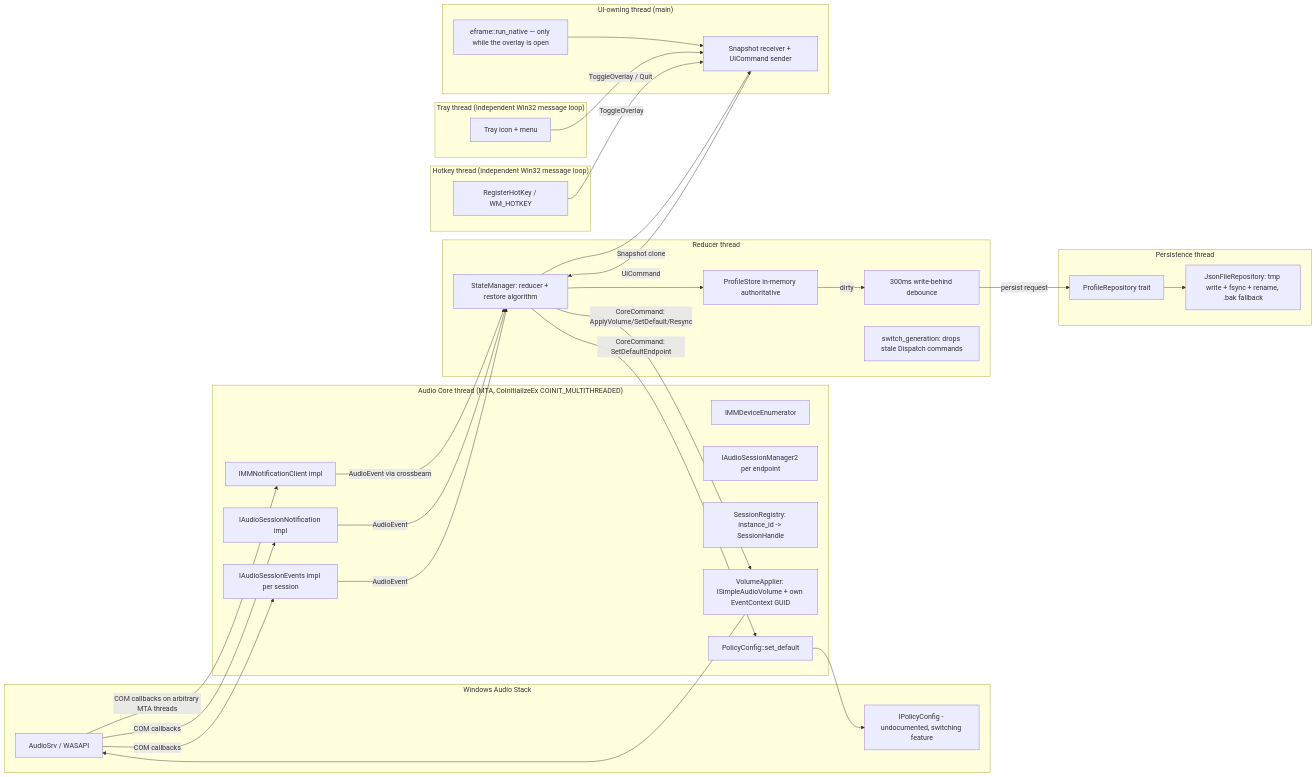
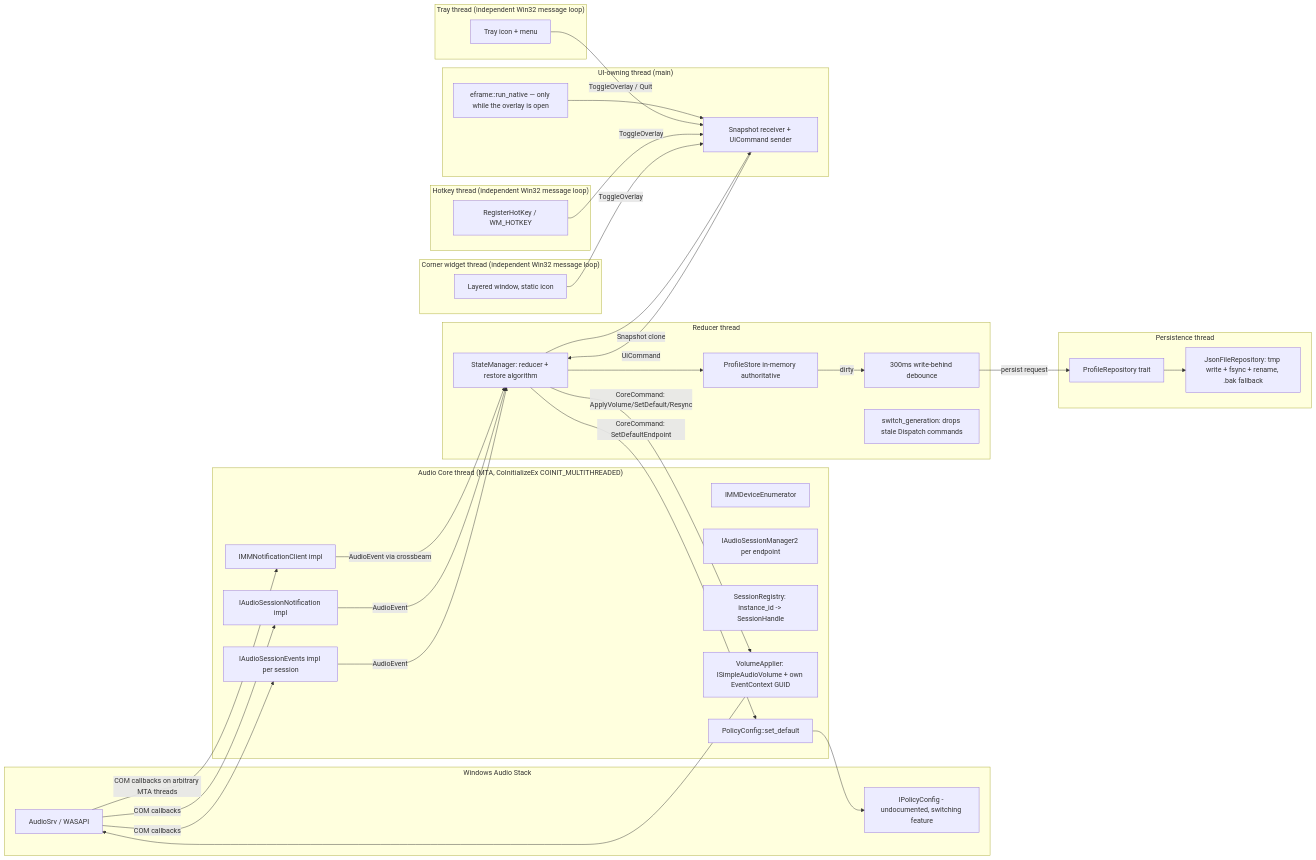
Before and after one commit to ayberkaarda/ResonancePI: the diagram in docs/ARCHITECTURE.md, drawn with Mermaid. The commit also changed other lines of this file and 15 other files, not shown here.

First line of the commit message:
feat(ui): add a draggable corner widget with a live endpoint quick-switcher

````diff
--- a/docs/ARCHITECTURE.md
+++ b/docs/ARCHITECTURE.md
@@ -22,63 +22,68 @@
 ```mermaid
 flowchart LR
     subgraph OS["Windows Audio Stack"]
         AudioSrv[AudioSrv / WASAPI]
         Policy[IPolicyConfig - undocumented, switching feature]
     end
 
     subgraph Core["Audio Core thread (MTA, CoInitializeEx COINIT_MULTITHREADED)"]
         Enum[IMMDeviceEnumerator]
         DevNotif[IMMNotificationClient impl]
         SessMgr[IAudioSessionManager2 per endpoint]
         SessNotif[IAudioSessionNotification impl]
         SessEv[IAudioSessionEvents impl per session]
         Registry[SessionRegistry: instance_id -> SessionHandle]
         Applier[VolumeApplier: ISimpleAudioVolume + own EventContext GUID]
         PolicyImpl[PolicyConfig::set_default]
     end
 
     subgraph Reducer["Reducer thread"]
         Store[ProfileStore in-memory authoritative]
         Manager[StateManager: reducer + restore algorithm]
         Debounce[300ms write-behind debounce]
         Gen[switch_generation: drops stale Dispatch commands]
     end
 
     subgraph Persist["Persistence thread"]
         Repo[ProfileRepository trait]
         Json[JsonFileRepository: tmp write + fsync + rename, .bak fallback]
     end
 
     subgraph UITh["UI-owning thread (main)"]
         Overlay["eframe::run_native — only while the overlay is open"]
         Bridge[Snapshot receiver + UiCommand sender]
     end
 
     subgraph TrayTh["Tray thread (independent Win32 message loop)"]
         Tray[Tray icon + menu]
     end
 
     subgraph HotkeyTh["Hotkey thread (independent Win32 message loop)"]
         Hotkey["RegisterHotKey / WM_HOTKEY"]
     end
 
+    subgraph WidgetTh["Corner widget thread (independent Win32 message loop)"]
+        Widget["Layered window, static icon"]
+    end
+
     AudioSrv -- COM callbacks on arbitrary MTA threads --> DevNotif
     AudioSrv -- COM callbacks --> SessNotif
     AudioSrv -- COM callbacks --> SessEv
     DevNotif -- AudioEvent via crossbeam --> Manager
     SessNotif -- AudioEvent --> Manager
     SessEv -- AudioEvent --> Manager
     Manager --> Store
     Manager -- CoreCommand: ApplyVolume/SetDefault/Resync --> Applier
     Applier --> AudioSrv
     PolicyImpl --> Policy
     Manager -- CoreCommand: SetDefaultEndpoint --> PolicyImpl
     Manager -- Snapshot clone --> Bridge
     Bridge -- UiCommand --> Manager
     Store -- dirty --> Debounce
     Debounce -- persist request --> Repo
     Repo --> Json
     Overlay --> Bridge
     Tray -- ToggleOverlay / Quit --> Bridge
     Hotkey -- ToggleOverlay --> Bridge
+    Widget -- ToggleOverlay --> Bridge
 ```
````
